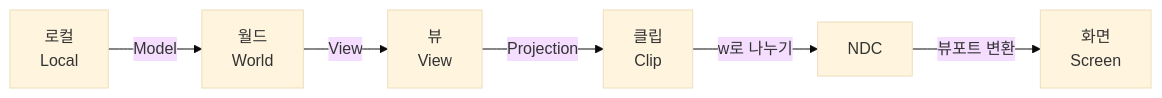
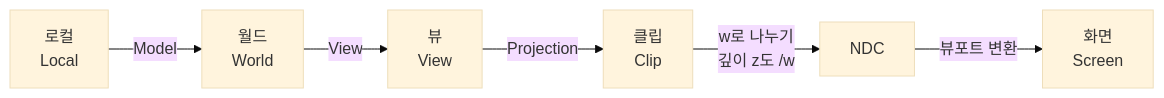
One commit to Rein-ArXiv/game-dev-curriculum changed the diagram in graphics/stage0_fund_02_coordinate_transform.md. Above: the diagram before and after it, drawn with Mermaid (base theme). The commit also changed other lines of this file and 279 other files, not shown here.

````diff
--- a/graphics/stage0_fund_02_coordinate_transform.md
+++ b/graphics/stage0_fund_02_coordinate_transform.md
@@ -29,8 +29,8 @@
 ```mermaid
 flowchart LR
     L[로컬<br/>Local] -->|Model| W[월드<br/>World]
     W -->|View| V[뷰<br/>View]
     V -->|Projection| C[클립<br/>Clip]
-    C -->|w로 나누기| N[NDC]
+    C -->|w로 나누기<br/>깊이 z도 /w| N[NDC]
     N -->|뷰포트 변환| S[화면<br/>Screen]
 ```
````
